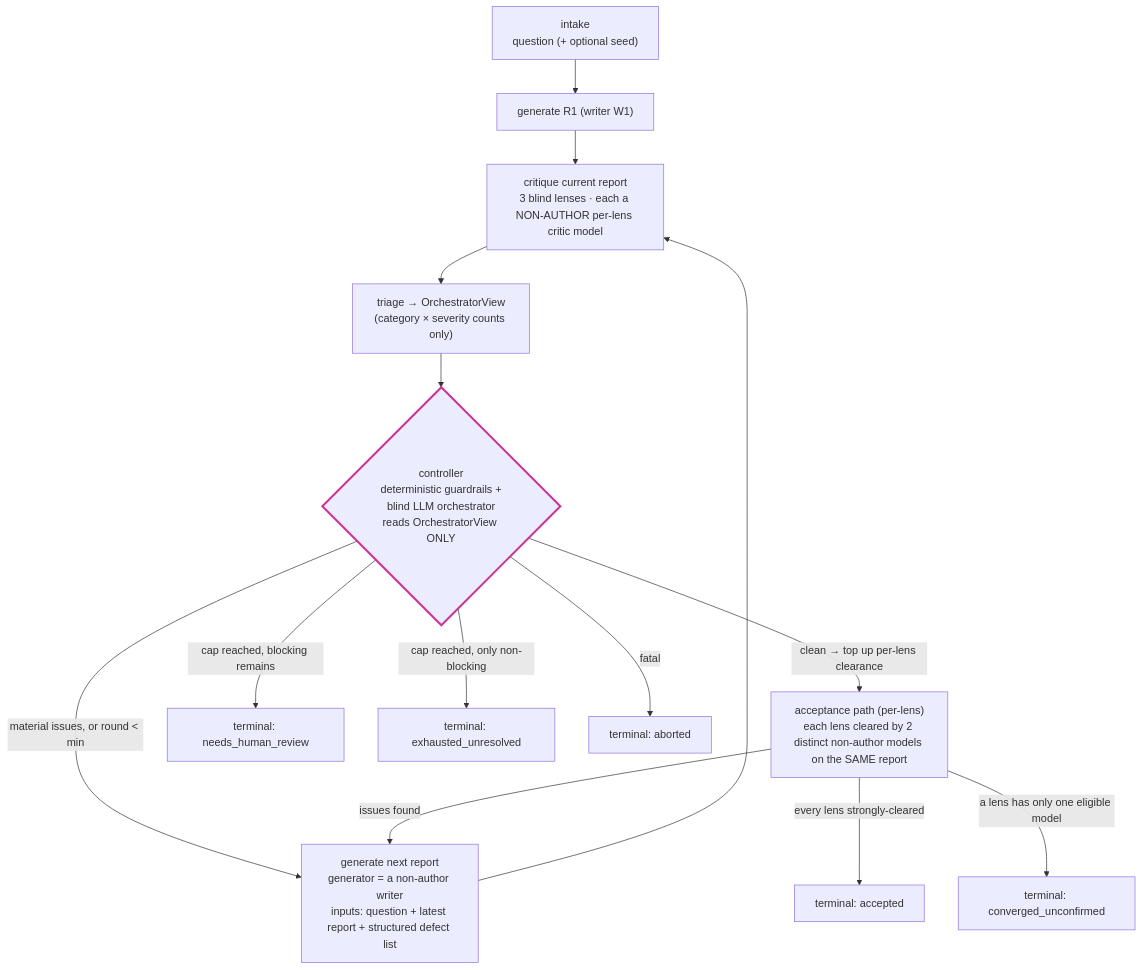
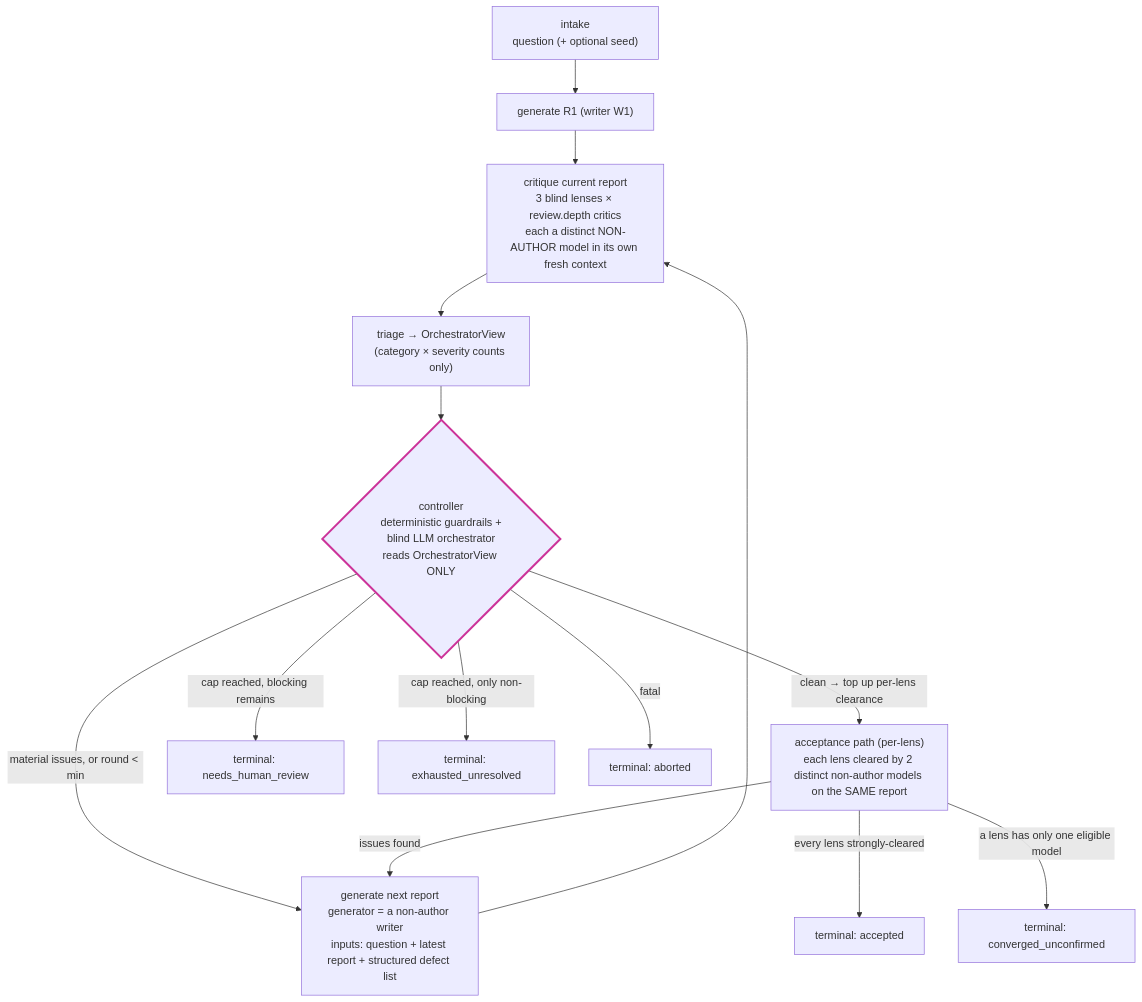
One commit to NickBorgers/reasonable-answer changed the diagram in docs/DESIGN.md. Above: the diagram before and after it, drawn with Mermaid. The commit also changed other lines of this file and 18 other files, not shown here.

First line of the commit message:
feat(critique): run two independent critics per lens on every draft (D-front-loaded-depth)

````diff
--- a/docs/DESIGN.md
+++ b/docs/DESIGN.md
@@ -101,21 +105,21 @@
 ```mermaid
 flowchart TD
     IN["intake<br/>question (+ optional seed)"] --> G1["generate R1 (writer W1)"]
-    G1 --> CRIT["critique current report<br/>3 blind lenses · each a NON-AUTHOR per-lens critic model"]
+    G1 --> CRIT["critique current report<br/>3 blind lenses × review.depth critics<br/>each a distinct NON-AUTHOR model in its own fresh context"]
     CRIT --> SUM["triage → OrchestratorView<br/>(category × severity counts only)"]
     SUM --> CTRL{"controller<br/>deterministic guardrails +<br/>blind LLM orchestrator<br/>reads OrchestratorView ONLY"}
     CTRL -->|"material issues, or round &lt; min"| GEN["generate next report<br/>generator = a non-author writer<br/>inputs: question + latest report + structured defect list"]
     GEN --> CRIT
     CTRL -->|"clean → top up per-lens clearance"| CONF["acceptance path (per-lens)<br/>each lens cleared by 2 distinct non-author models on the SAME report"]
     CONF -->|"every lens strongly-cleared"| ACC["terminal: accepted"]
     CONF -->|"a lens has only one eligible model"| CU["terminal: converged_unconfirmed"]
     CONF -->|issues found| GEN
     CTRL -->|"cap reached, blocking remains"| NHR["terminal: needs_human_review"]
     CTRL -->|"cap reached, only non-blocking"| EXH["terminal: exhausted_unresolved"]
     CTRL -->|fatal| AB["terminal: aborted"]
 
     %% Stroke only, no fill — see the note in isolation.md: a hard-coded pale fill goes
     %% unreadable in dark mode, where the label colour flips but the fill does not.
     classDef blind stroke:#c39,stroke-width:3px;
     class CTRL blind;
 ```
````
